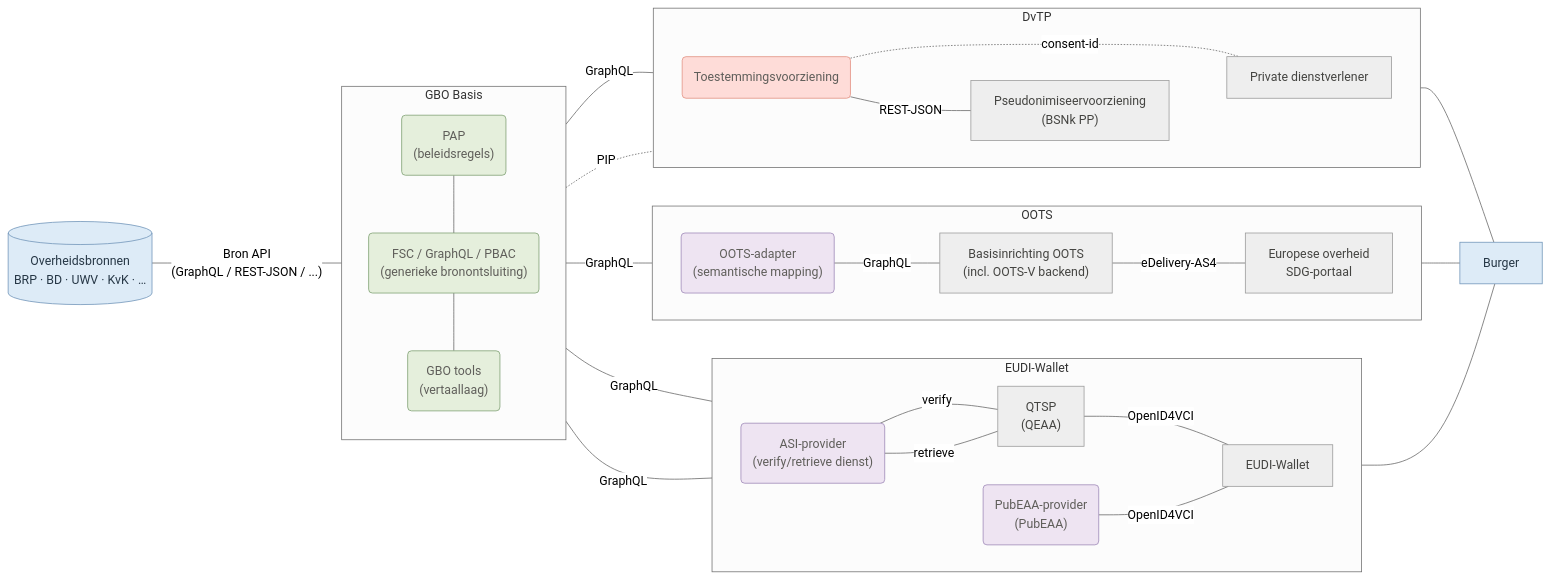
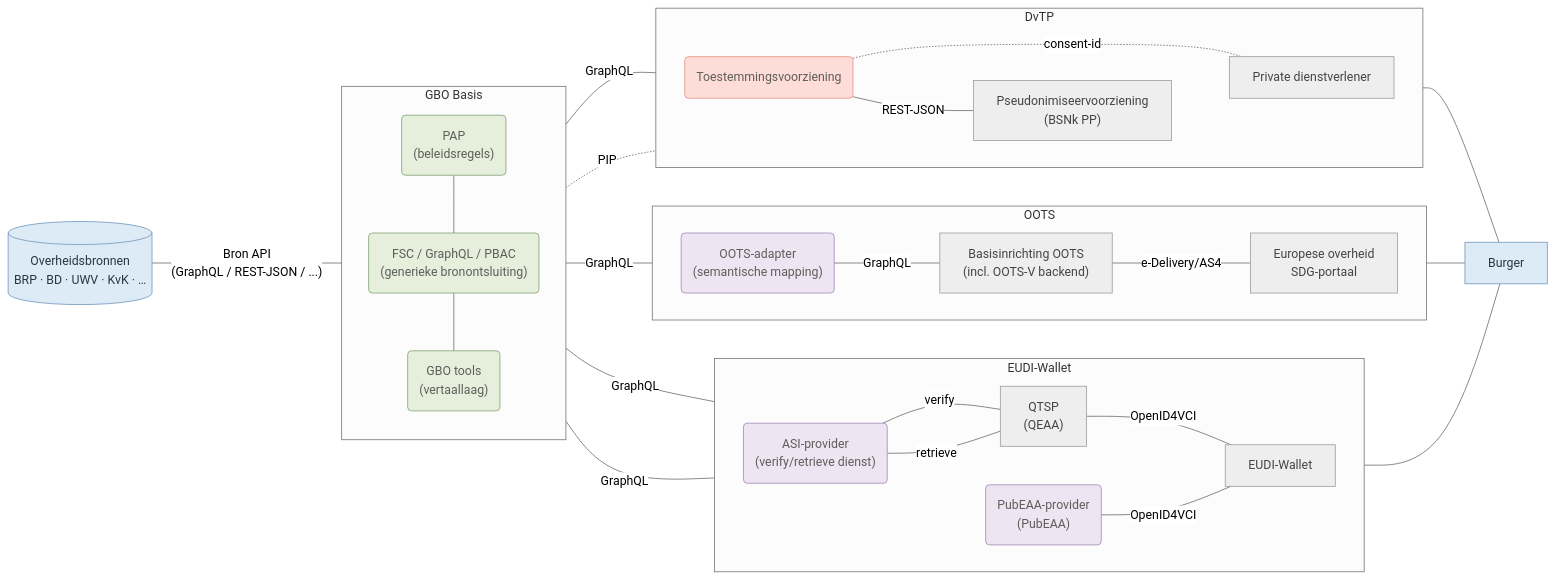
The diagram in main/diagrammen/gbo_swimlanes.mmd (ICTU/GBO-GO), drawn with Mermaid (neutral theme) before and after one commit. The commit also changed 6 other files, not shown here.

```diff
--- a/main/diagrammen/gbo_swimlanes.mmd
+++ b/main/diagrammen/gbo_swimlanes.mmd
@@ -1,71 +1,71 @@
 flowchart LR
   subgraph gbo["GBO Basis"]
     direction TB
         fsc_pap("PAP<br/>(beleidsregels)")
         fsc("FSC / GraphQL / PBAC<br/>(generieke bronontsluiting)")
         fsc_tools("GBO tools<br/>(vertaallaag)")
   end
   subgraph eudi["EUDI-Wallet"]
     direction LR
         eudi_asi("ASI-provider<br/>(verify/retrieve dienst)")
         eudi_pubeaa("PubEAA-provider<br/>(PubEAA)")
         eudi_qeaa["QTSP<br/>(QEAA)"]
         eudi_wallet["EUDI-Wallet"]
   end
   subgraph oots["OOTS"]
     direction LR
         oots_adapter("OOTS-adapter<br/>(semantische mapping)")
         oots_basis["Basisinrichting OOTS<br/>(incl. OOTS-V backend)"]
         oots_afnemer["Europese overheid<br/>SDG-portaal"]
   end
   subgraph dvtp["DvTP"]
     direction LR
         dvtp_toestemming("Toestemmingsvoorziening")
         dvtp_pseudoniem["Pseudonimiseervoorziening<br/>(BSNk PP)"]
         dvtp_afnemer["Private dienstverlener"]
   end
 
   fsc_pap --- fsc
   fsc --- fsc_tools
   bron[("Overheidsbronnen<br/>BRP · BD · UWV · KvK · …")] -- Bron API<br/>(GraphQL / REST-JSON / ...) --- gbo
   eudi_asi -- verify --- eudi_qeaa
   eudi_asi -- retrieve --- eudi_qeaa
   eudi_qeaa -- OpenID4VCI --- eudi_wallet
   gbo -- GraphQL --- eudi_asi & eudi_pubeaa & oots_adapter & dvtp_afnemer
   eudi_asi ~~~ eudi_pubeaa
   eudi_pubeaa -- OpenID4VCI --- eudi_wallet
   oots_adapter -- GraphQL --- oots_basis
-  oots_basis -- eDelivery-AS4 --- oots_afnemer
+  oots_basis -- e-Delivery/AS4 --- oots_afnemer
   gbo -. PIP .- dvtp_toestemming
   dvtp_toestemming -. consent-id .- dvtp_afnemer
   dvtp_toestemming -- REST-JSON --- dvtp_pseudoniem
   dvtp_pseudoniem ~~~ dvtp_afnemer
   eudi_wallet --- burger["Burger"]
   oots_afnemer --- burger
   dvtp_afnemer --- burger
 
   fsc_pap:::gbo_d
   fsc:::gbo_d
   fsc_tools:::gbo_d
   eudi_asi:::gbo_k
   eudi_pubeaa:::gbo_k
   eudi_qeaa:::eudi
   eudi_wallet:::eudi
   oots_adapter:::gbo_k
   oots_basis:::oots
   oots_afnemer:::oots
   dvtp_toestemming:::gbo_c
   dvtp_pseudoniem:::dvtp
   dvtp_afnemer:::dvtp
   bron:::bron
   burger:::burger
 
   classDef bron fill:#DDEBF7,stroke:#6F94B8,color:#263746
   classDef generiek fill:#f1efe8,stroke:#5f5e5a,color:#444441
   classDef eudi fill:#EEEEEE,stroke:#999999,color:#444441
   classDef oots fill:#EEEEEE,stroke:#999999,color:#444441
   classDef dvtp fill:#EEEEEE,stroke:#999999,color:#444441
   classDef gbo_k fill:#EEE4F2,stroke:#9C86B7,color:#5f5e5a
   classDef gbo_c fill:#FEDCD8,stroke:#E28F80,color:#5f5e5a
   classDef gbo_d fill:#E5EFDC,stroke:#7E9F72,color:#5f5e5a
   classDef burger fill:#DDEBF7,stroke:#6F94B8,color:#263746
```
